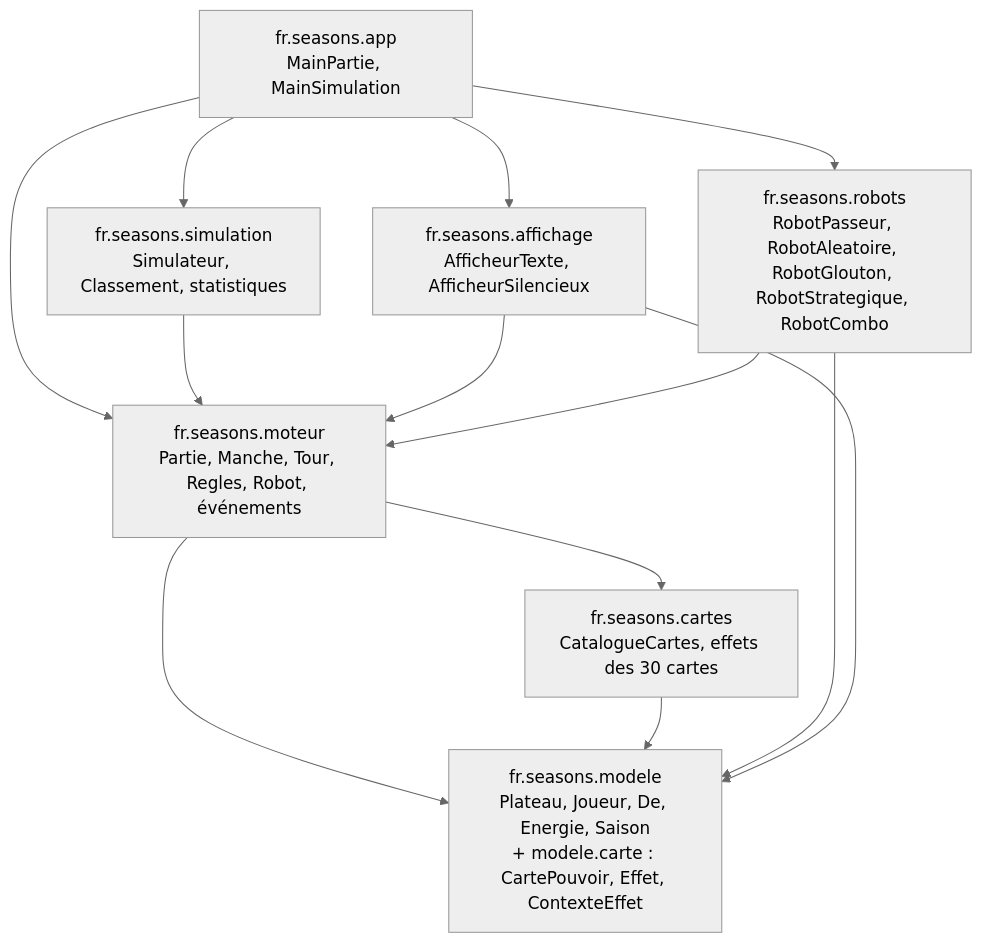
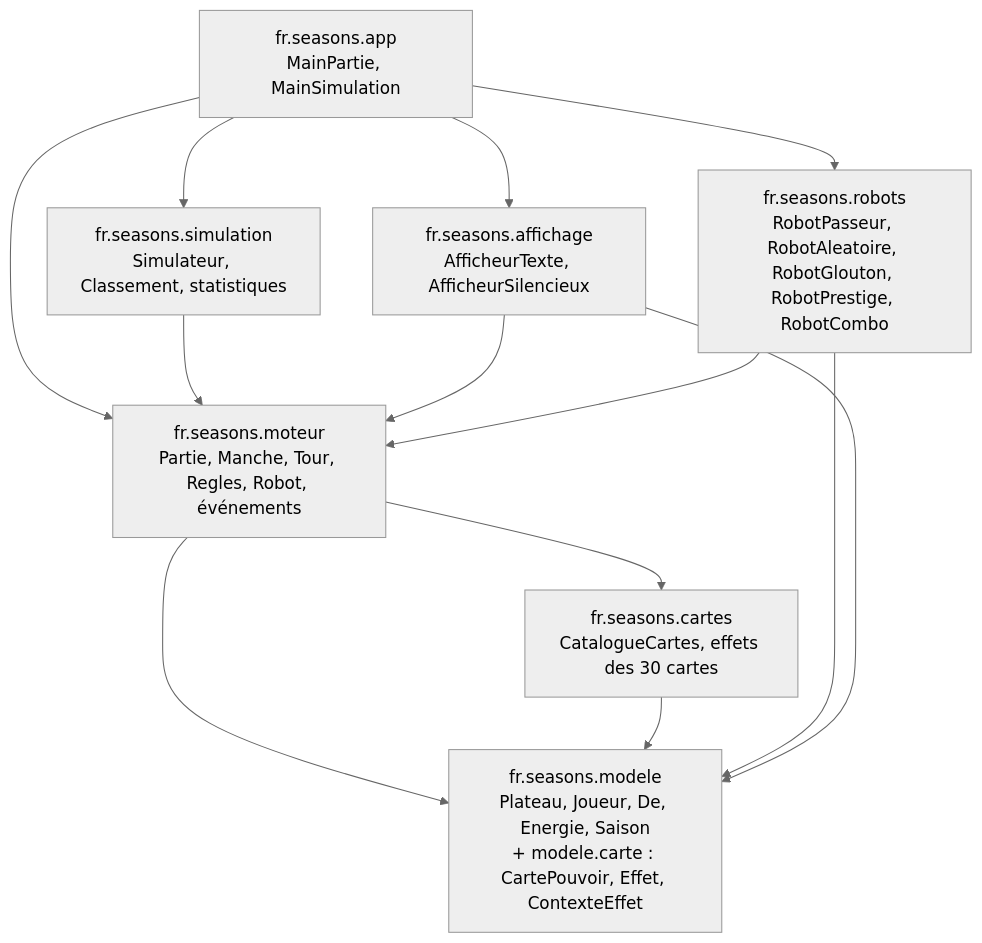
Before and after one commit to MARTINA-niels/SAE-SEASON-Depot-personnel: the first of 2 diagrams in livrable1/sprint1-dossier-conception/docs/02-architecture-packages.md, drawn with Mermaid (neutral theme). The commit also changed 14 other files, not shown here.

````diff
--- a/livrable1/sprint1-dossier-conception/docs/02-architecture-packages.md
+++ b/livrable1/sprint1-dossier-conception/docs/02-architecture-packages.md
@@ -12,23 +12,23 @@
 ```mermaid
 flowchart TB
     APP["fr.seasons.app<br/>MainPartie, MainSimulation"]
     SIM["fr.seasons.simulation<br/>Simulateur, Classement, statistiques"]
     AFF["fr.seasons.affichage<br/>AfficheurTexte, AfficheurSilencieux"]
-    ROB["fr.seasons.robots<br/>RobotPasseur, RobotAleatoire, RobotGlouton, RobotStrategique, RobotCombo"]
+    ROB["fr.seasons.robots<br/>RobotPasseur, RobotAleatoire, RobotGlouton, RobotPrestige, RobotCombo"]
     MOT["fr.seasons.moteur<br/>Partie, Manche, Tour, Regles, Robot, événements"]
     CAR["fr.seasons.cartes<br/>CatalogueCartes, effets des 30 cartes"]
     MOD["fr.seasons.modele<br/>Plateau, Joueur, De, Energie, Saison<br/>+ modele.carte : CartePouvoir, Effet, ContexteEffet"]
 
     APP --> SIM
     APP --> AFF
     APP --> ROB
     APP --> MOT
     SIM --> MOT
     AFF --> MOT
     ROB --> MOT
     MOT --> CAR
     MOT --> MOD
     CAR --> MOD
     ROB --> MOD
     AFF --> MOD
 ```
````
